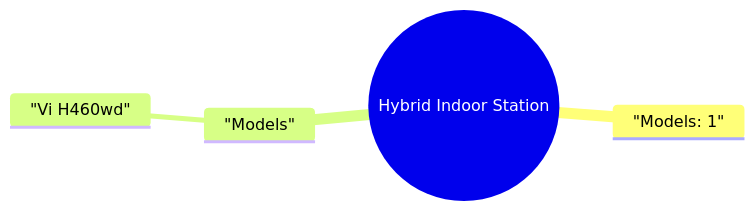
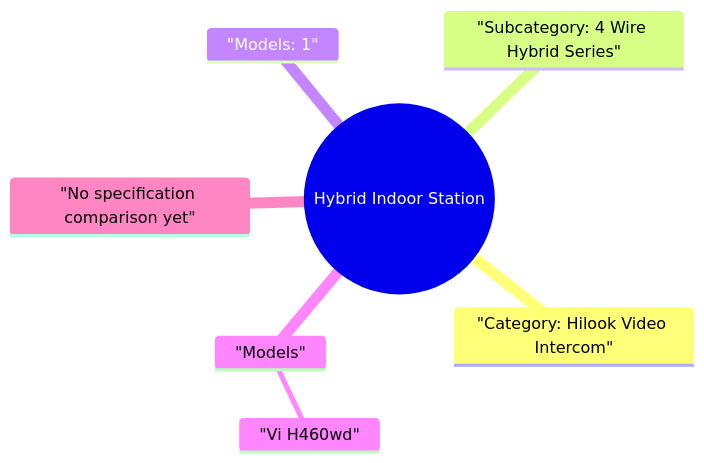
The diagram in site/mindmaps/en-hilook-video-intercom-4-wire-hybrid-series-hybrid-indoor-station.mmd (123321step/hikvision-product-map), drawn with Mermaid before and after one commit. The commit also changed 647 other files, not shown here.

Commit message:
Rework mindmaps around product series differences

```diff
--- a/site/mindmaps/en-hilook-video-intercom-4-wire-hybrid-series-hybrid-indoor-station.mmd
+++ b/site/mindmaps/en-hilook-video-intercom-4-wire-hybrid-series-hybrid-indoor-station.mmd
@@ -1,5 +1,8 @@
 mindmap
   root(("Hybrid Indoor Station"))
+    "Category: Hilook Video Intercom"
+    "Subcategory: 4 Wire Hybrid Series"
     "Models: 1"
     "Models"
       "Vi H460wd"
+    "No specification comparison yet"
```
